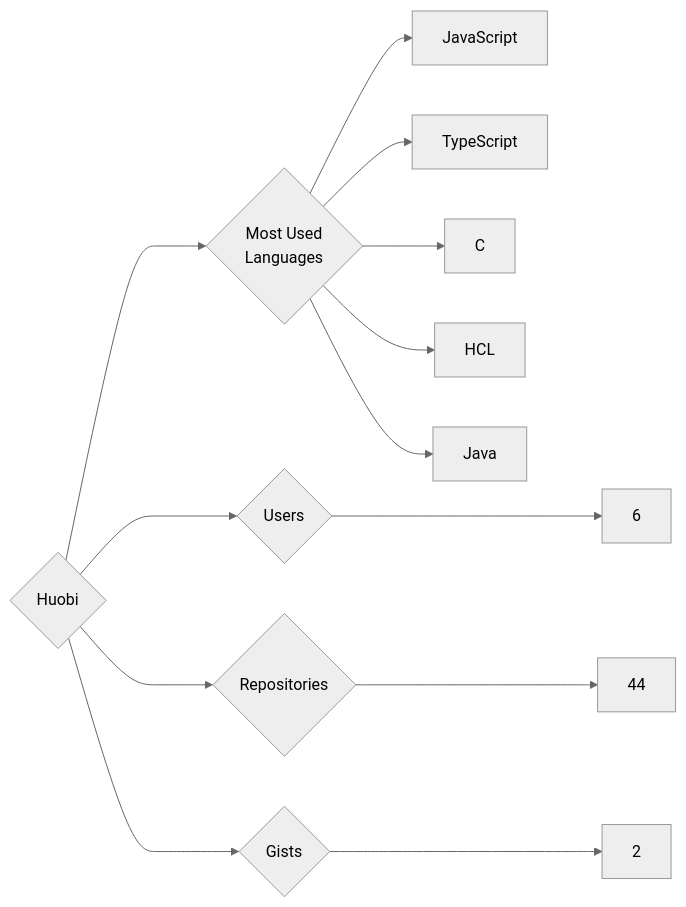
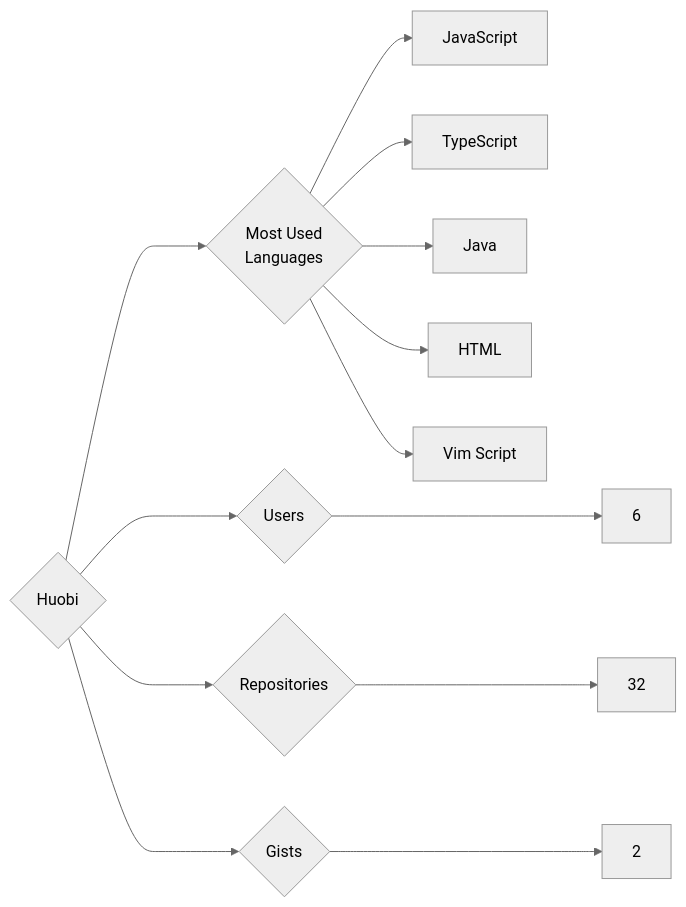
The diagram in targets/Huobi/README.md (trickest/insiders), drawn with Mermaid (neutral theme) before and after one commit. The commit also changed 611 other files, not shown here.

````diff
--- a/targets/Huobi/README.md
+++ b/targets/Huobi/README.md
@@ -3,13 +3,13 @@
 ```mermaid
 graph LR
 COMPANY_NAME{Huobi}
 COMPANY_NAME ---> U{Users} ---> UN[6]
-COMPANY_NAME ---> R{Repositories} ---> RN[44]
+COMPANY_NAME ---> R{Repositories} ---> RN[32]
 COMPANY_NAME ---> G{Gists} ---> GN[2]
 COMPANY_NAME ---> ML{Most Used<br>Languages}
 ML --> JavaScript[JavaScript]
 ML --> TypeScript[TypeScript]
-ML --> C[C]
-ML --> HCL[HCL]
 ML --> Java[Java]
+ML --> HTML[HTML]
+ML --> Vim_Script[Vim Script]
 ```
````
